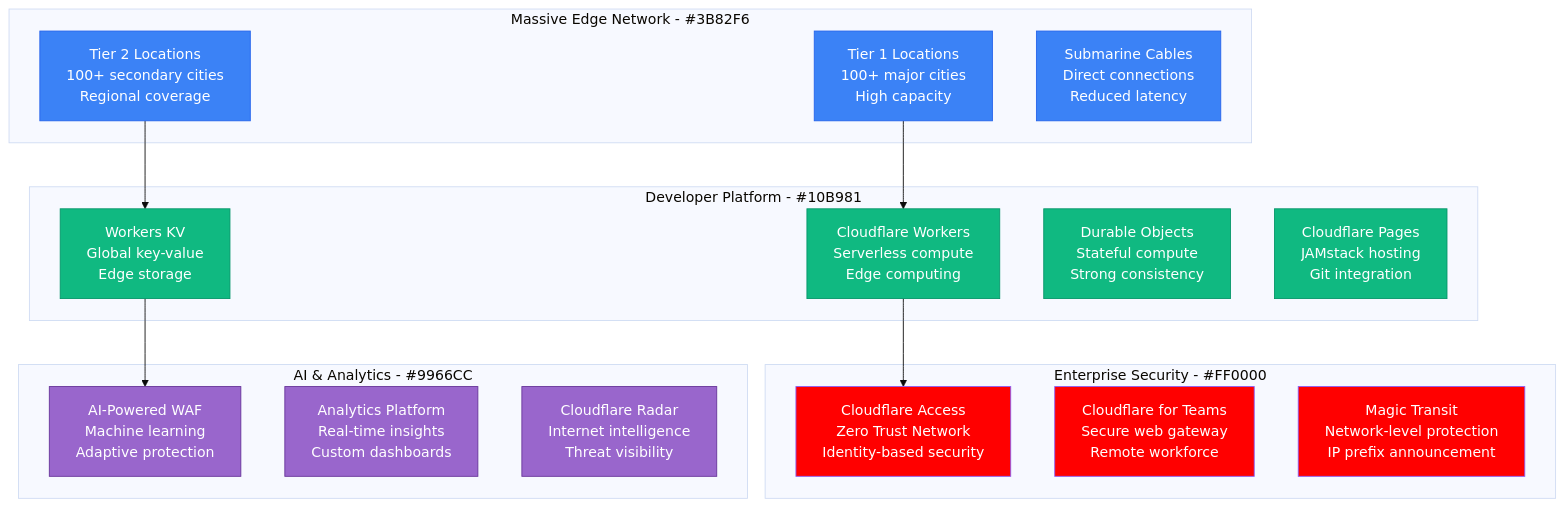
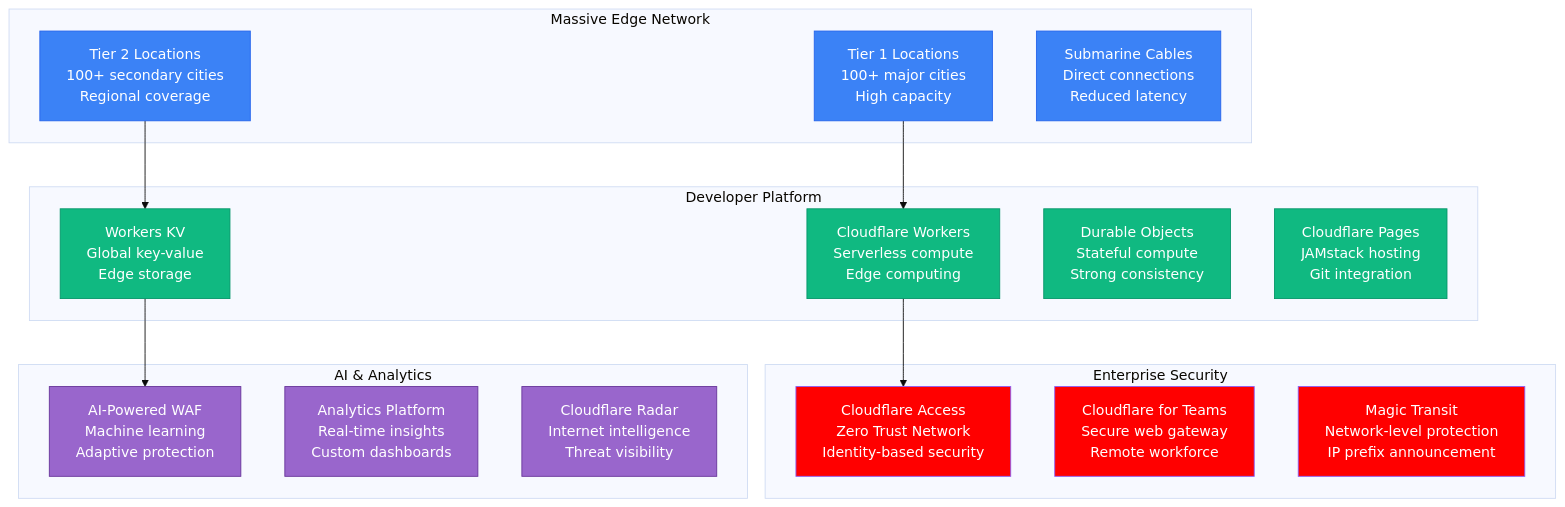
One commit to deepaucksharma/DS changed the fourth of 4 diagrams in site/docs/scaling/cloudflare-scale-evolution.md. Above: the diagram before and after it, drawn with Mermaid (base theme). The commit also changed other lines of this file and 169 other files, not shown here.

````diff
--- a/site/docs/scaling/cloudflare-scale-evolution.md
+++ b/site/docs/scaling/cloudflare-scale-evolution.md
@@ -144,42 +144,42 @@
 ```mermaid
 graph TB
-    subgraph MassiveEdge[Massive Edge Network - #3B82F6]
+    subgraph MassiveEdge["Massive Edge Network"]
         TIER1[Tier 1 Locations<br/>100+ major cities<br/>High capacity]
         TIER2[Tier 2 Locations<br/>100+ secondary cities<br/>Regional coverage]
         SUBMARINE[Submarine Cables<br/>Direct connections<br/>Reduced latency]
     end
 
-    subgraph DeveloperPlatform[Developer Platform - #10B981]
+    subgraph DeveloperPlatform["Developer Platform"]
         WORKERS[Cloudflare Workers<br/>Serverless compute<br/>Edge computing]
         KV_STORE[Workers KV<br/>Global key-value<br/>Edge storage]
         DURABLE_OBJECTS[Durable Objects<br/>Stateful compute<br/>Strong consistency]
         PAGES[Cloudflare Pages<br/>JAMstack hosting<br/>Git integration]
     end
 
-    subgraph EnterpriseSecurity[Enterprise Security - #FF0000]
+    subgraph EnterpriseSecurity["Enterprise Security"]
         ZERO_TRUST[Cloudflare Access<br/>Zero Trust Network<br/>Identity-based security]
         TEAMS[Cloudflare for Teams<br/>Secure web gateway<br/>Remote workforce]
         MAGIC_TRANSIT[Magic Transit<br/>Network-level protection<br/>IP prefix announcement]
     end
 
-    subgraph AIAnalytics[AI & Analytics - #9966CC]
+    subgraph AIAnalytics["AI & Analytics"]
         AI_WAF[AI-Powered WAF<br/>Machine learning<br/>Adaptive protection]
         ANALYTICS_PLATFORM[Analytics Platform<br/>Real-time insights<br/>Custom dashboards]
         RADAR[Cloudflare Radar<br/>Internet intelligence<br/>Threat visibility]
     end
 
     TIER1 --> WORKERS
     TIER2 --> KV_STORE
     WORKERS --> ZERO_TRUST
     KV_STORE --> AI_WAF
 
     classDef edgeStyle fill:#3B82F6,stroke:#2563EB,color:#fff
     classDef serviceStyle fill:#10B981,stroke:#059669,color:#fff
     classDef securityStyle fill:#FF0000,stroke:#8B5CF6,color:#fff
     classDef mlStyle fill:#9966CC,stroke:#663399,color:#fff
 
     class TIER1,TIER2,SUBMARINE edgeStyle
     class WORKERS,KV_STORE,DURABLE_OBJECTS,PAGES serviceStyle
     class ZERO_TRUST,TEAMS,MAGIC_TRANSIT securityStyle
     class AI_WAF,ANALYTICS_PLATFORM,RADAR mlStyle
 ```
````
